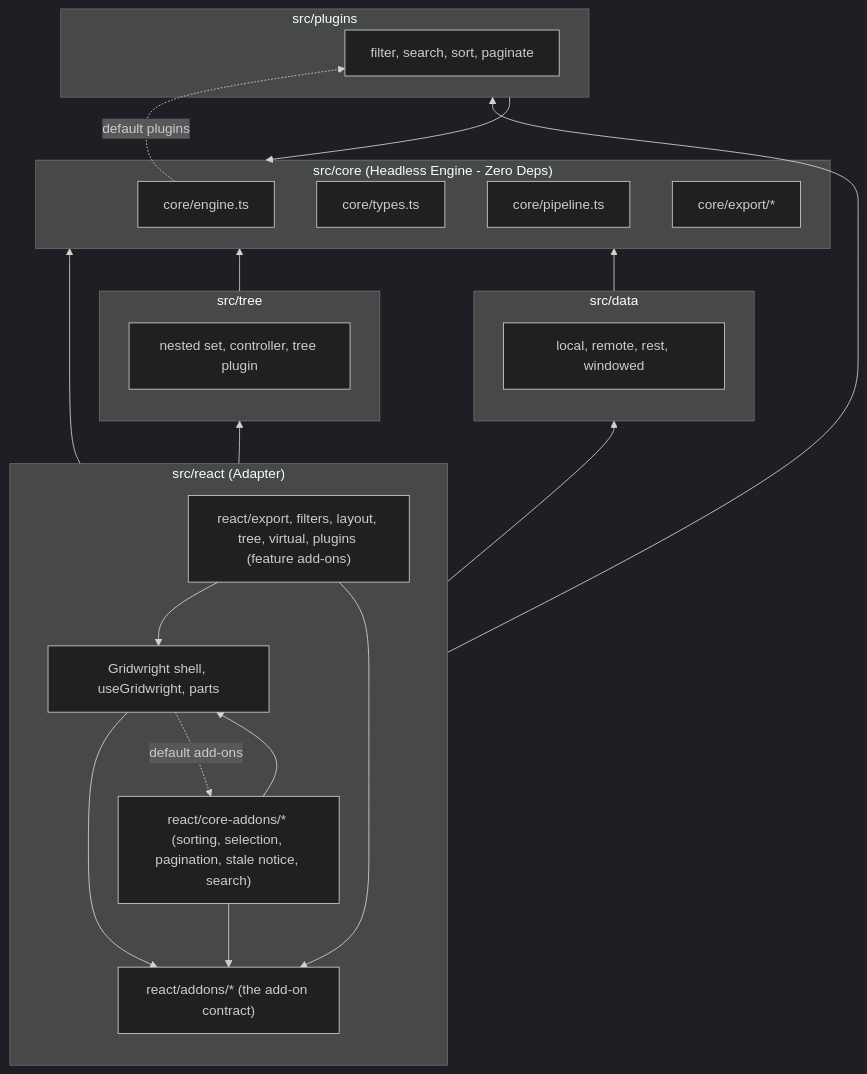
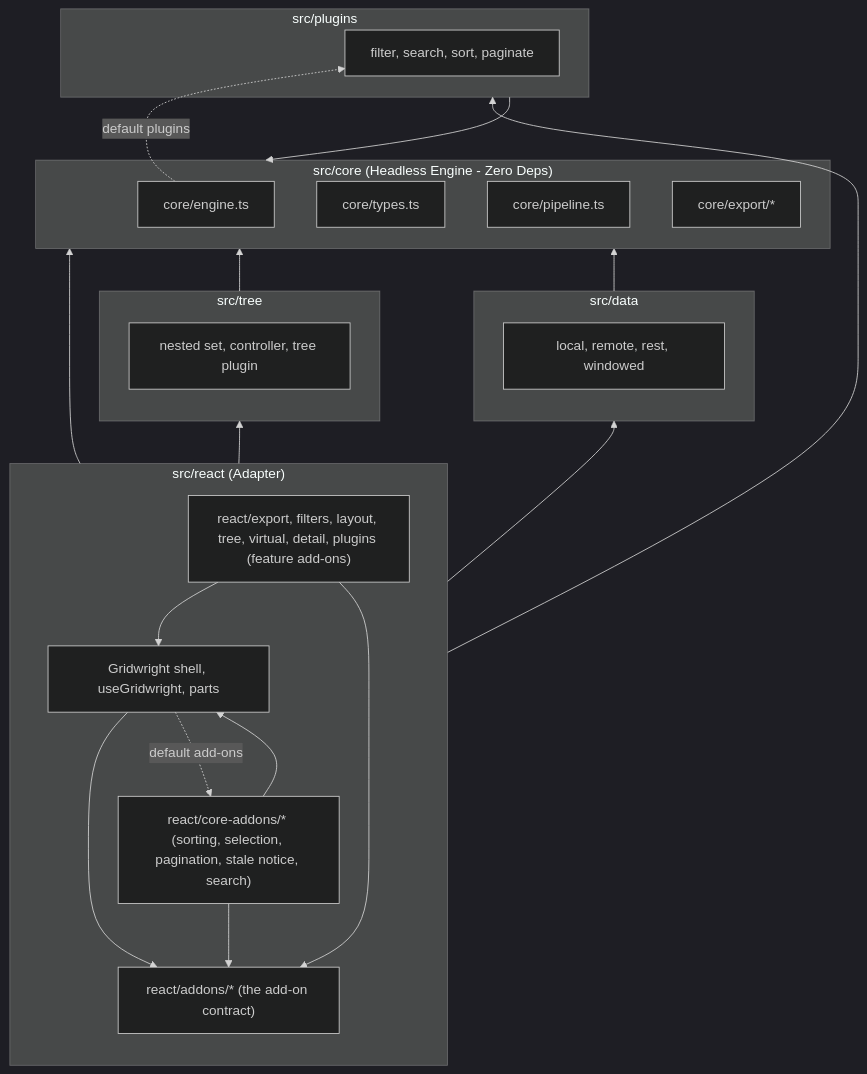
One commit to yaotzin1/apsw-gridwright changed the first of 2 diagrams in specs/DEPENDENCY_MAP.md. Above: the diagram before and after it, drawn with Mermaid (dark theme). The commit also changed other lines of this file and 46 other files, not shown here.

````diff
--- a/specs/DEPENDENCY_MAP.md
+++ b/specs/DEPENDENCY_MAP.md
@@ -7,44 +7,44 @@
 ```mermaid
 graph BT
     subgraph ReactLayer["src/react (Adapter)"]
         Shell["Gridwright shell, useGridwright, parts"]
         Contract["react/addons/* (the add-on contract)"]
         CoreAddons["react/core-addons/* (sorting, selection, pagination, stale notice, search)"]
-        FeatureAddons["react/export, filters, layout, tree, virtual, plugins (feature add-ons)"]
+        FeatureAddons["react/export, filters, layout, tree, virtual, detail, plugins (feature add-ons)"]
 
         Shell --> Contract
         Shell -. "default add-ons" .-> CoreAddons
         CoreAddons --> Contract
         FeatureAddons --> Contract
         CoreAddons --> Shell
         FeatureAddons --> Shell
     end
 
     subgraph PluginsLayer["src/plugins"]
         BuiltinPlugins["filter, search, sort, paginate"]
     end
 
     subgraph TreeLayer["src/tree"]
         TreeCore["nested set, controller, tree plugin"]
     end
 
     subgraph DataLayer["src/data"]
         DataSources["local, remote, rest, windowed"]
     end
 
     subgraph CoreLayer["src/core (Headless Engine - Zero Deps)"]
         Engine["core/engine.ts"]
         CoreTypes["core/types.ts"]
         Pipeline["core/pipeline.ts"]
         CoreExport["core/export/*"]
     end
 
     ReactLayer --> CoreLayer
     PluginsLayer --> CoreLayer
     TreeLayer --> CoreLayer
     DataLayer --> CoreLayer
     ReactLayer --> PluginsLayer
     ReactLayer --> TreeLayer
     ReactLayer --> DataLayer
     Engine -. "default plugins" .-> BuiltinPlugins
 ```
````
